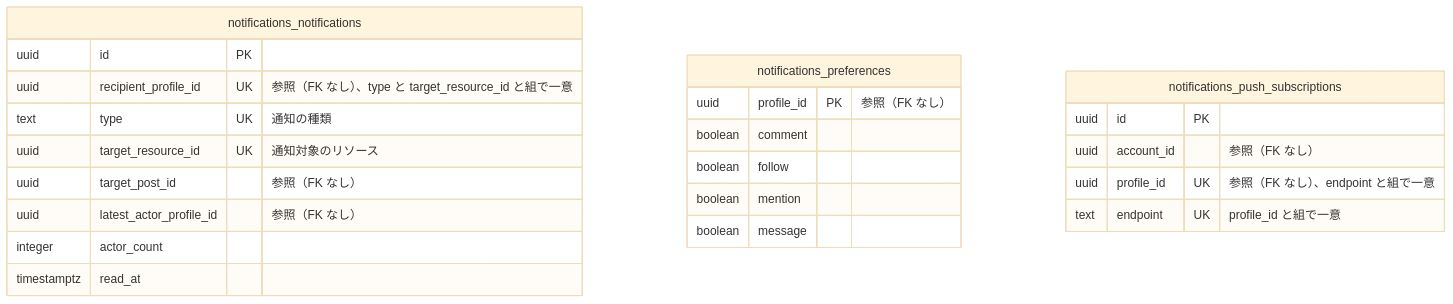
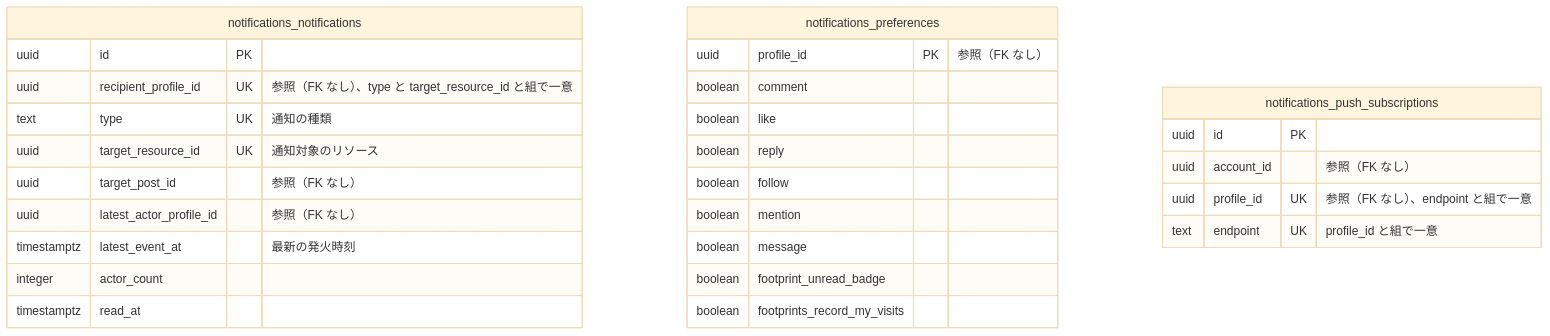
Before and after one commit to panicboat/monorepo: the tenth of 14 diagrams in dystopia/docs/data-model.md, drawn with Mermaid (base theme). The commit also changed other lines of this file and 21 other files, not shown here.

````diff
--- a/dystopia/docs/data-model.md
+++ b/dystopia/docs/data-model.md
@@ -300,26 +306,31 @@
 ```mermaid
 erDiagram
     notifications_notifications {
         uuid id PK
         uuid recipient_profile_id UK "参照（FK なし）、type と target_resource_id と組で一意"
         text type UK "通知の種類"
         uuid target_resource_id UK "通知対象のリソース"
         uuid target_post_id "参照（FK なし）"
         uuid latest_actor_profile_id "参照（FK なし）"
+        timestamptz latest_event_at "最新の発火時刻"
         integer actor_count
         timestamptz read_at
     }
     notifications_preferences {
         uuid profile_id PK "参照（FK なし）"
         boolean comment
+        boolean like
+        boolean reply
         boolean follow
         boolean mention
         boolean message
+        boolean footprint_unread_badge
+        boolean footprints_record_my_visits
     }
     notifications_push_subscriptions {
         uuid id PK
         uuid account_id "参照（FK なし）"
         uuid profile_id UK "参照（FK なし）、endpoint と組で一意"
         text endpoint UK "profile_id と組で一意"
     }
 ```
````
